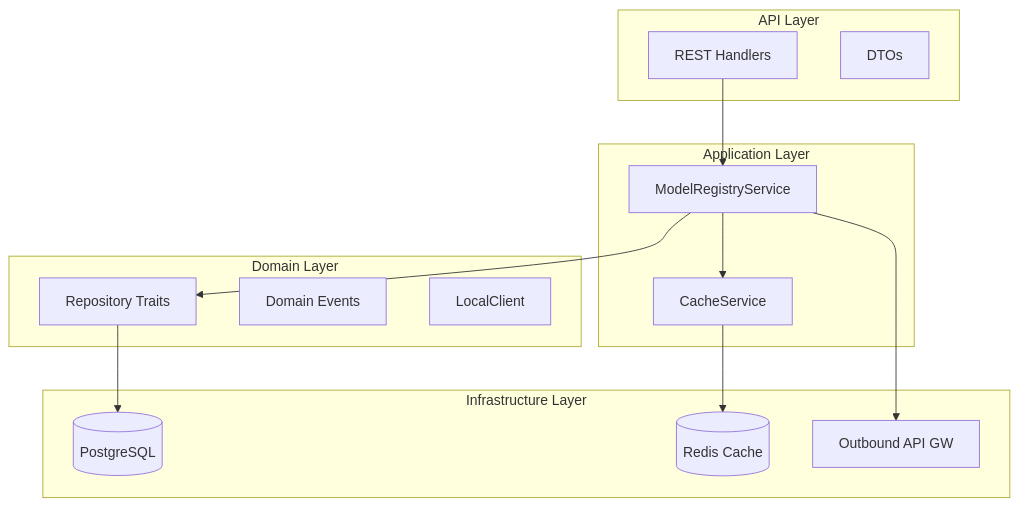
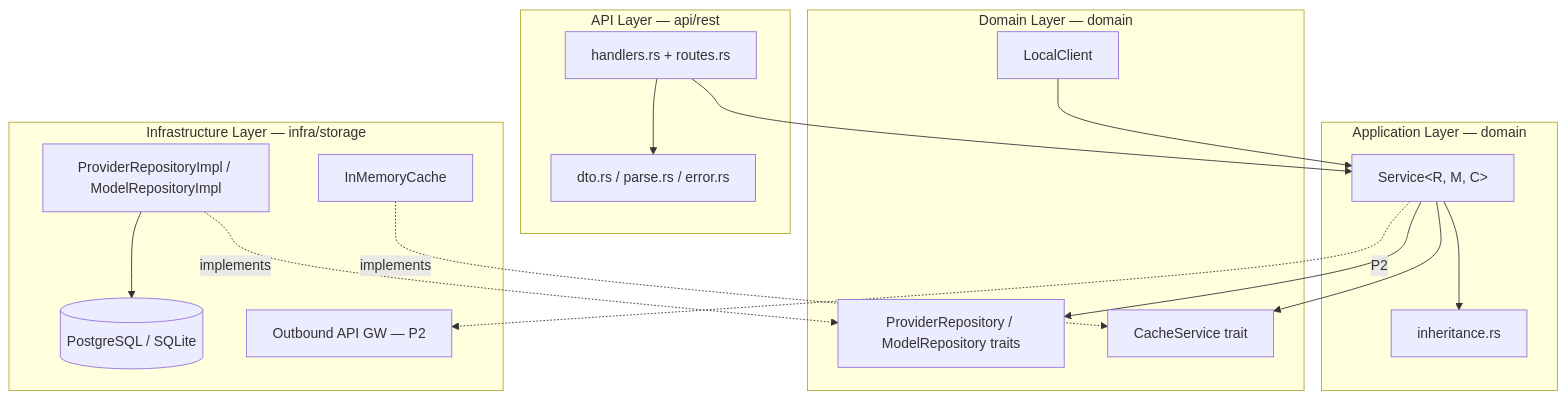
Before and after one commit to constructorfabric/gears-rust: the first of 9 diagrams in gears/model-registry/docs/DESIGN.md, drawn with Mermaid. The commit also changed other lines of this file and 2 other files, not shown here.

Commit message:
docs(model-registry): Update PRD and DESIGN docs

````diff
--- a/gears/model-registry/docs/DESIGN.md
+++ b/gears/model-registry/docs/DESIGN.md
@@ -102,31 +106,36 @@
 ```mermaid
 graph TB
-    subgraph API["API Layer"]
-        REST[REST Handlers]
-        DTO[DTOs]
+    subgraph API["API Layer — api/rest"]
+        REST[handlers.rs + routes.rs]
+        DTO[dto.rs / parse.rs / error.rs]
     end
 
-    subgraph Application["Application Layer"]
-        SVC[ModelRegistryService]
-        CACHE[CacheService]
+    subgraph Application["Application Layer — domain"]
+        SVC[Service&lt;R, M, C&gt;]
+        INHERIT[inheritance.rs]
     end
 
-    subgraph Domain["Domain Layer"]
-        REPO[Repository Traits]
-        EVENTS[Domain Events]
+    subgraph Domain["Domain Layer — domain"]
+        REPO[ProviderRepository / ModelRepository traits]
+        CACHE[CacheService trait]
         CLIENT[LocalClient]
     end
 
-    subgraph Infrastructure["Infrastructure Layer"]
-        STORAGE[(PostgreSQL)]
-        REDIS[(Redis Cache)]
-        OAGW[Outbound API GW]
+    subgraph Infrastructure["Infrastructure Layer — infra/storage"]
+        REPO_IMPL[ProviderRepositoryImpl / ModelRepositoryImpl]
+        MEMCACHE[InMemoryCache]
+        STORAGE[(PostgreSQL / SQLite)]
+        OAGW[Outbound API GW — P2]
     end
 
+    REST --> DTO
     REST --> SVC
+    SVC --> INHERIT
     SVC --> CACHE
     SVC --> REPO
-    CACHE --> REDIS
-    REPO --> STORAGE
-    SVC --> OAGW
+    CLIENT --> SVC
+    REPO_IMPL -.implements.-> REPO
+    MEMCACHE -.implements.-> CACHE
+    REPO_IMPL --> STORAGE
+    SVC -.P2.-> OAGW
 ```
````
